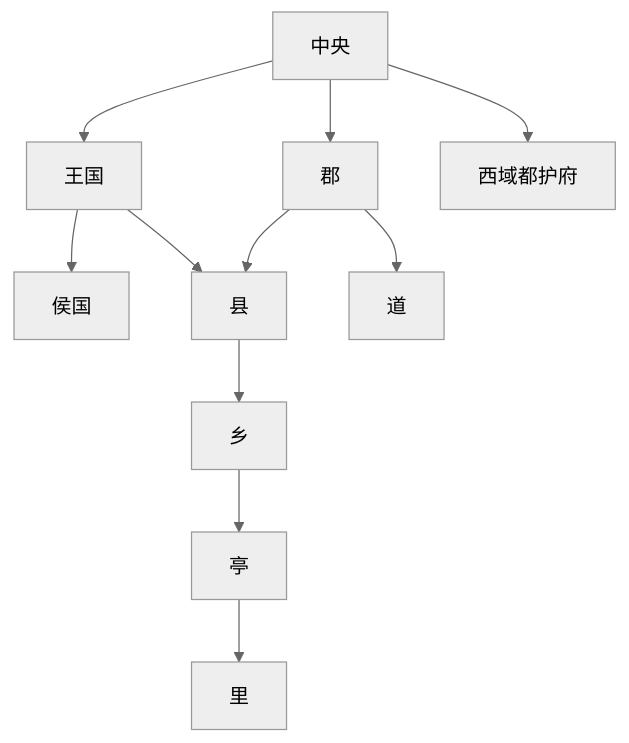
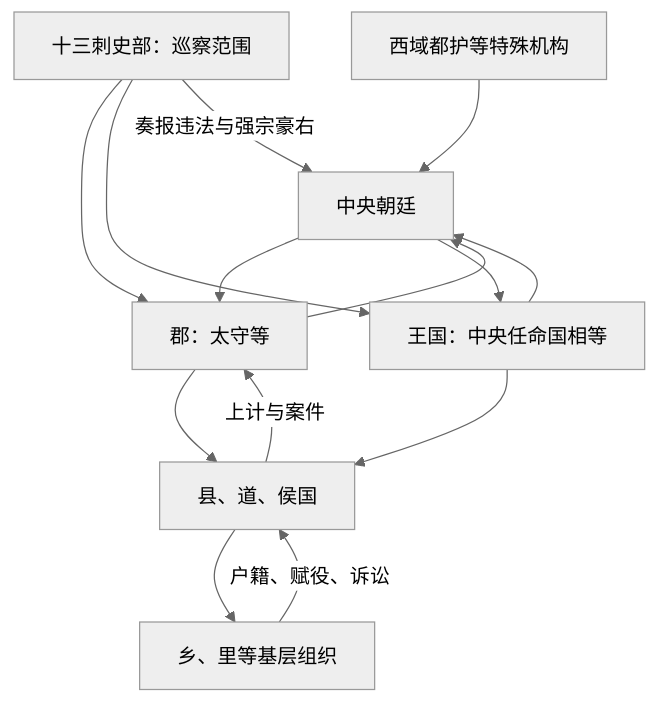
The diagram in 人文科学/历史/东亚/中国/_制度/地方行政区划/历代地方区划/西汉.md (tianlan-dev/learning-notes), drawn with Mermaid (neutral theme) before and after one commit. The commit also changed other lines of this file and 1417 other files, not shown here.

````diff
--- a/人文科学/历史/东亚/中国/_制度/地方行政区划/历代地方区划/西汉.md
+++ b/人文科学/历史/东亚/中国/_制度/地方行政区划/历代地方区划/西汉.md
@@ -27,13 +28,16 @@
 ```mermaid
 flowchart TD
-    A["中央"] --> B["王国"]
-    A --> C["郡"]
-    A --> D["西域都护府"]
-    B --> E["侯国"]
-    B --> F["县"]
-    C --> F
-    C --> G["道"]
-    F --> H["乡"]
-    H --> I["亭"]
-    I --> J["里"]
+    C["中央朝廷"] --> J["郡：太守等"]
+    C --> W["王国：中央任命国相等"]
+    J --> X["县、道、侯国"]
+    W --> X
+    X --> H["乡、里等基层组织"]
+    H -->|户籍、赋役、诉讼| X
+    X -->|上计与案件| J
+    J --> C
+    W --> C
+    S["十三刺史部：巡察范围"] --> J
+    S --> W
+    S -->|奏报违法与强宗豪右| C
+    D["西域都护等特殊机构"] --> C
 ```
````
